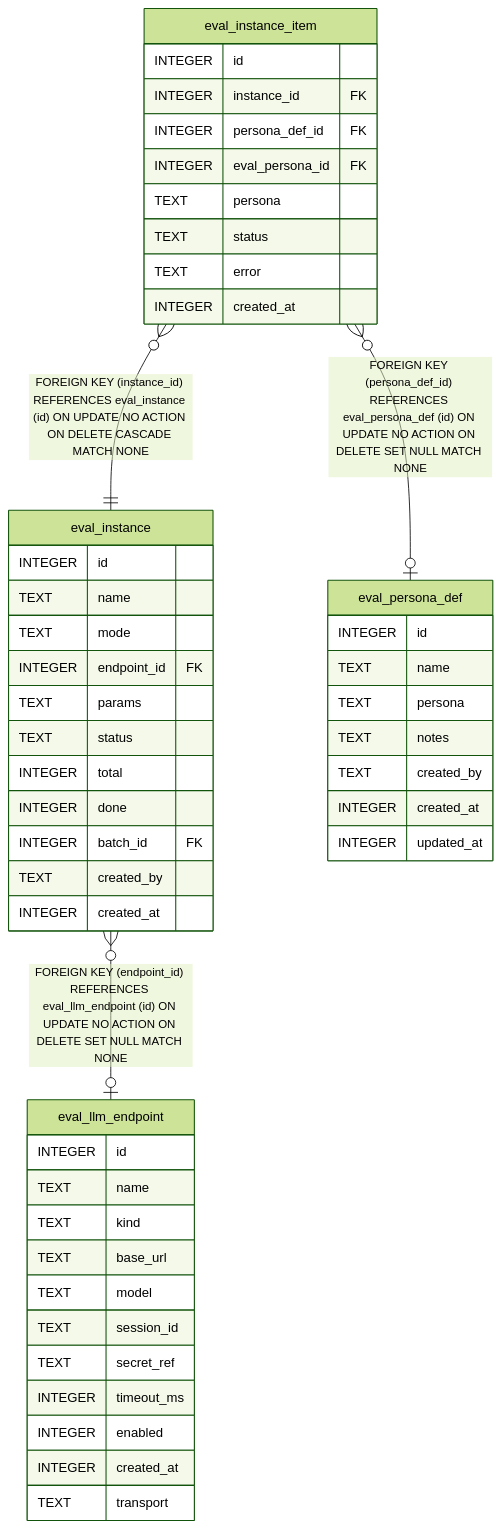
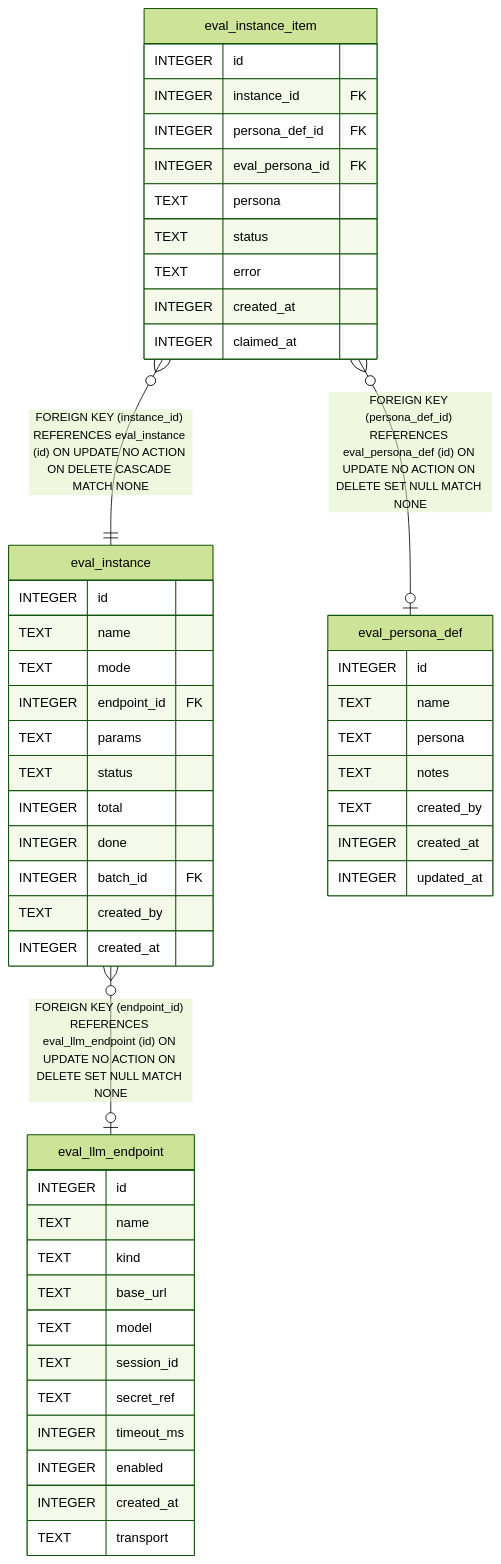
The diagram in content/docs/pt-BR/developers/plugins/eval-persona/reference/schema.mmd (ktbhealth/docs), drawn with Mermaid (forest theme) before and after one commit. The commit also changed 7 other files, not shown here.

Commit message:
docs(eval): regen erd — eval_instance_item.claimed_at

```diff
--- a/content/docs/pt-BR/developers/plugins/eval-persona/reference/schema.mmd
+++ b/content/docs/pt-BR/developers/plugins/eval-persona/reference/schema.mmd
@@ -1,51 +1,52 @@
 erDiagram
 
 "eval_instance" }o--o| "eval_llm_endpoint" : "FOREIGN KEY (endpoint_id) REFERENCES eval_llm_endpoint (id) ON UPDATE NO ACTION ON DELETE SET NULL MATCH NONE"
 "eval_instance_item" }o--o| "eval_persona_def" : "FOREIGN KEY (persona_def_id) REFERENCES eval_persona_def (id) ON UPDATE NO ACTION ON DELETE SET NULL MATCH NONE"
 "eval_instance_item" }o--|| "eval_instance" : "FOREIGN KEY (instance_id) REFERENCES eval_instance (id) ON UPDATE NO ACTION ON DELETE CASCADE MATCH NONE"
 
 "eval_instance" {
   INTEGER id
   TEXT name
   TEXT mode
   INTEGER endpoint_id FK
   TEXT params
   TEXT status
   INTEGER total
   INTEGER done
   INTEGER batch_id FK
   TEXT created_by
   INTEGER created_at
 }
 "eval_instance_item" {
   INTEGER id
   INTEGER instance_id FK
   INTEGER persona_def_id FK
   INTEGER eval_persona_id FK
   TEXT persona
   TEXT status
   TEXT error
   INTEGER created_at
+  INTEGER claimed_at
 }
 "eval_llm_endpoint" {
   INTEGER id
   TEXT name
   TEXT kind
   TEXT base_url
   TEXT model
   TEXT session_id
   TEXT secret_ref
   INTEGER timeout_ms
   INTEGER enabled
   INTEGER created_at
   TEXT transport
 }
 "eval_persona_def" {
   INTEGER id
   TEXT name
   TEXT persona
   TEXT notes
   TEXT created_by
   INTEGER created_at
   INTEGER updated_at
 }
```
